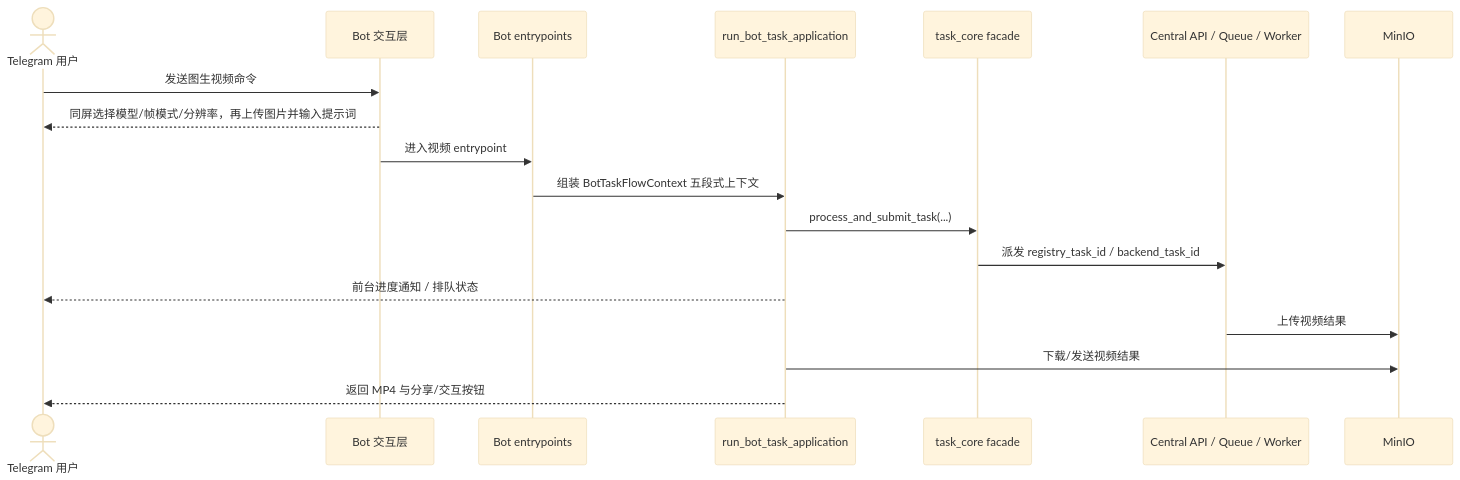
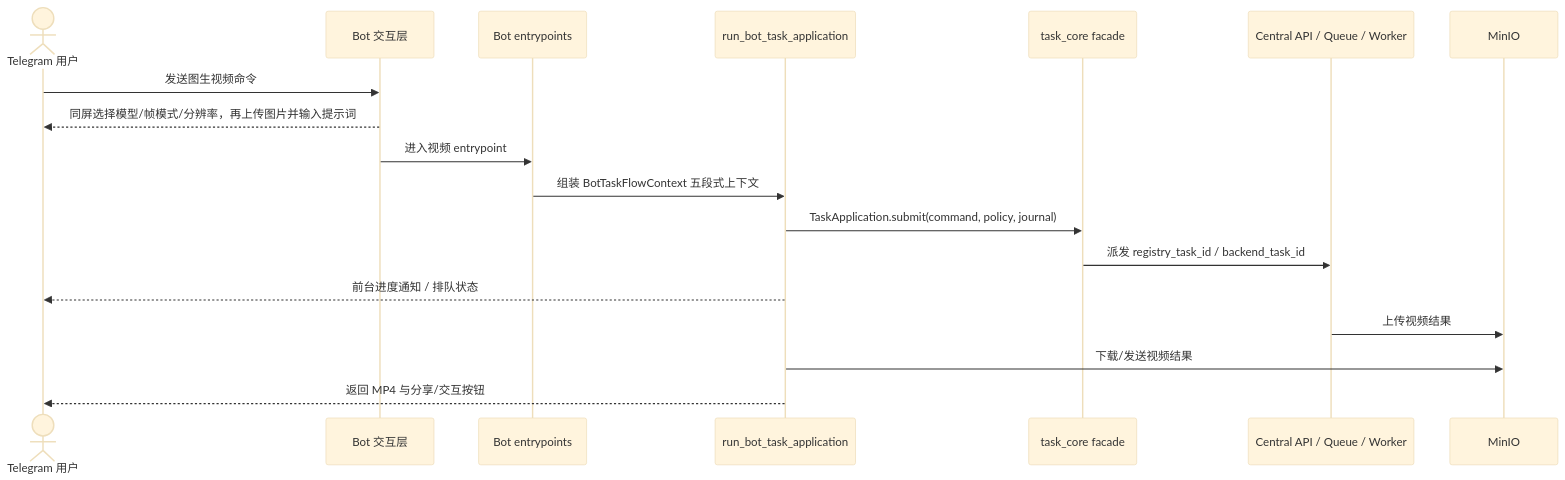
Before and after one commit to giraffu/All_bot: the first of 2 diagrams in docs/business/image_to_video_flow.md, drawn with Mermaid (base theme). The commit also changed 35 other files, not shown here.

Commit message:
refactor(tasks): migrate entrypoints to task application

````diff
--- a/docs/business/image_to_video_flow.md
+++ b/docs/business/image_to_video_flow.md
@@ -7,21 +7,21 @@
 ```mermaid
 sequenceDiagram
     actor User as Telegram 用户
     participant FSM as Bot 交互层
     participant Entry as Bot entrypoints
     participant Flow as run_bot_task_application
     participant Core as task_core facade
     participant Backend as Central API / Queue / Worker
     participant Store as MinIO
 
     User->>FSM: 发送图生视频命令
     FSM-->>User: 同屏选择模型/帧模式/分辨率，再上传图片并输入提示词
     FSM->>Entry: 进入视频 entrypoint
     Entry->>Flow: 组装 BotTaskFlowContext 五段式上下文
-    Flow->>Core: process_and_submit_task(...)
+    Flow->>Core: TaskApplication.submit(command, policy, journal)
     Core->>Backend: 派发 registry_task_id / backend_task_id
     Flow-->>User: 前台进度通知 / 排队状态
     Backend->>Store: 上传视频结果
     Flow->>Store: 下载/发送视频结果
     Flow-->>User: 返回 MP4 与分享/交互按钮
 ```
````
